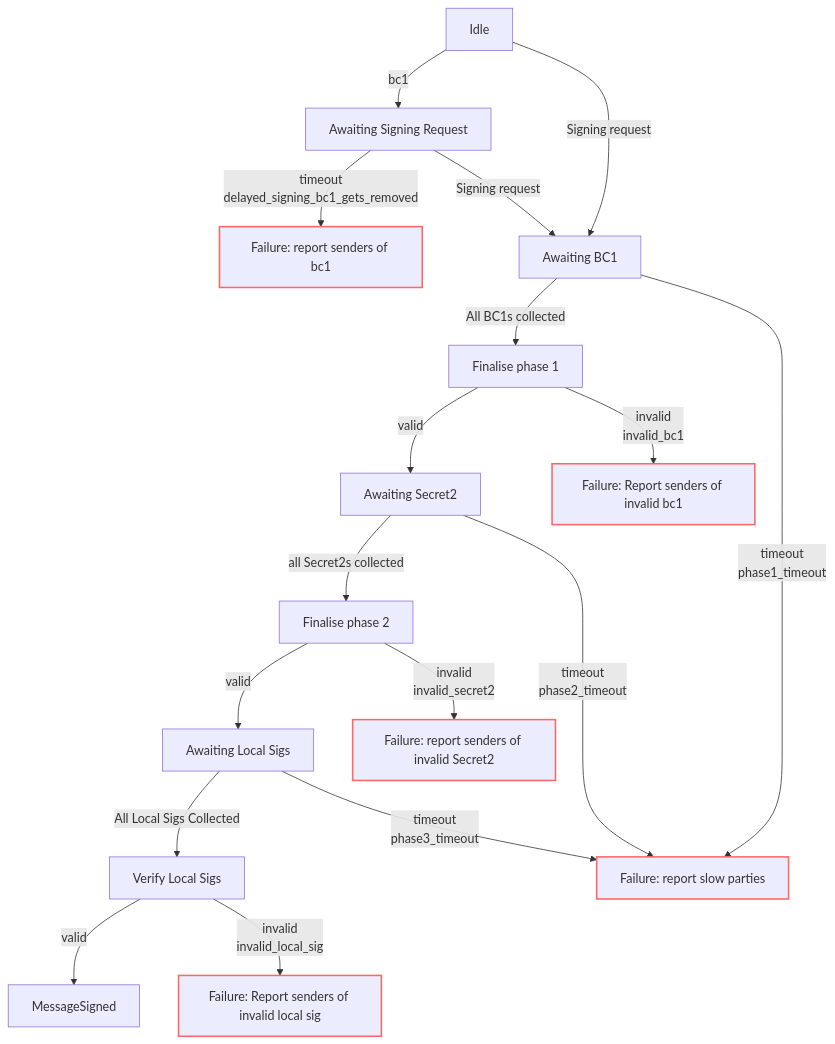
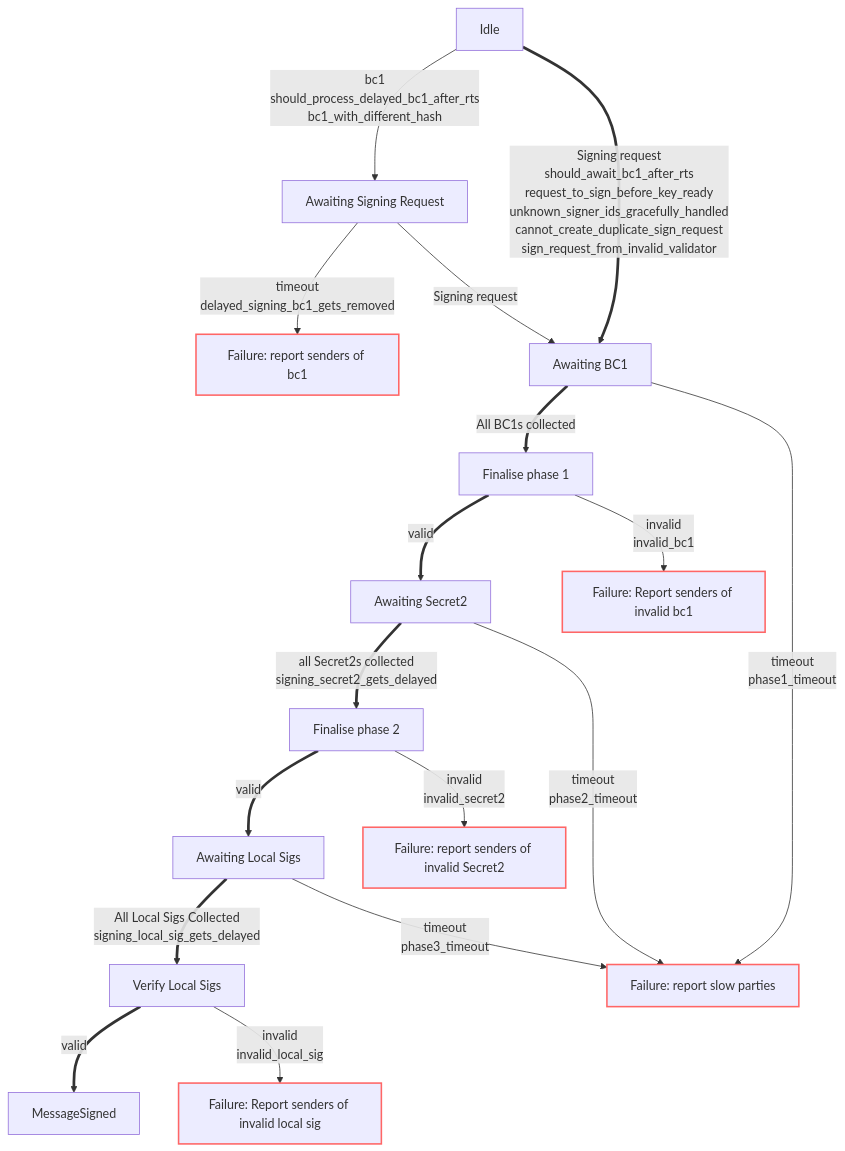
One commit to chainflip-io/chainflip-backend changed the third of 3 diagrams in engine/src/signing/readme.md. Above: the diagram before and after it, drawn with Mermaid. The commit also changed other lines of this file, not shown here.

Commit message:
Updated signing readme with unit test names.

````diff
--- a/engine/src/signing/readme.md
+++ b/engine/src/signing/readme.md
@@ -117,22 +117,23 @@
 ```mermaid
 graph TD;
-Idle--bc1-->AwaitingKR[Awaiting Signing Request];
-Idle--Signing request-->AwaitingBc1[Awaiting BC1];
+Idle[Idle]
+Idle--bc1<br>should_process_delayed_bc1_after_rts<br>bc1_with_different_hash-->AwaitingKR[Awaiting Signing Request];
+Idle==Signing request<br>should_await_bc1_after_rts<br>request_to_sign_before_key_ready<br>unknown_signer_ids_gracefully_handled<br>cannot_create_duplicate_sign_request<br>sign_request_from_invalid_validator==>AwaitingBc1[Awaiting BC1];
 AwaitingKR--timeout<br>delayed_signing_bc1_gets_removed-->Timeout1[Failure: report senders of bc1];
 AwaitingKR--Signing request-->AwaitingBc1;
-AwaitingBc1--All BC1s collected-->Finalise1[Finalise phase 1];
-Finalise1--valid-->AwaitSec2[Awaiting Secret2];
+AwaitingBc1==All BC1s collected==>Finalise1[Finalise phase 1];
+Finalise1==valid==>AwaitSec2[Awaiting Secret2];
 Finalise1--invalid<br>invalid_bc1-->InvalidBC1[Failure: Report senders of invalid bc1];
-AwaitSec2--all Secret2s collected-->Finalise2[Finalise phase 2];
+AwaitSec2==all Secret2s collected<br>signing_secret2_gets_delayed==>Finalise2[Finalise phase 2];
 AwaitSec2--timeout<br>phase2_timeout-->Timeout2[Failure: report slow parties];
-Finalise2--valid-->AwaitingLocalSig3[Awaiting Local Sigs];
+Finalise2==valid==>AwaitingLocalSig3[Awaiting Local Sigs];
 Finalise2--invalid<br>invalid_secret2-->InvalidSec2[Failure: report senders of invalid Secret2];
 AwaitingBc1--timeout <br>phase1_timeout-->Timeout2;
-AwaitingLocalSig3--All Local Sigs Collected-->Finalise3[Verify Local Sigs];
+AwaitingLocalSig3==All Local Sigs Collected<br>signing_local_sig_gets_delayed==>Finalise3[Verify Local Sigs];
 AwaitingLocalSig3--timeout<br>phase3_timeout-->Timeout2;
-Finalise3--valid-->MessageSigned;
+Finalise3==valid==>MessageSigned;
 Finalise3--invalid<br>invalid_local_sig-->InvalidLS[Failure: Report senders of invalid local sig]
 
 classDef Error stroke:#f66,stroke-width:2px;
 class InvalidLS,InvalidSec2,InvalidBC1,Timeout2,Timeout1 Error
 ```
````
